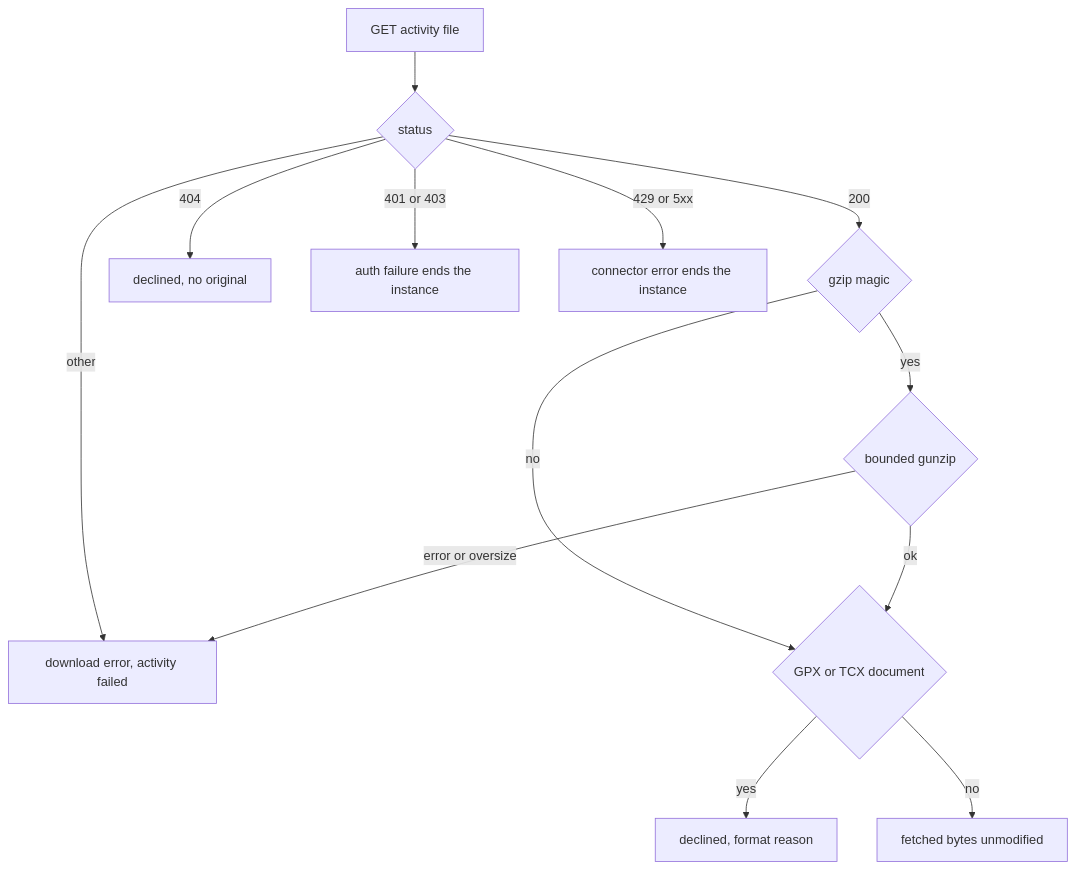
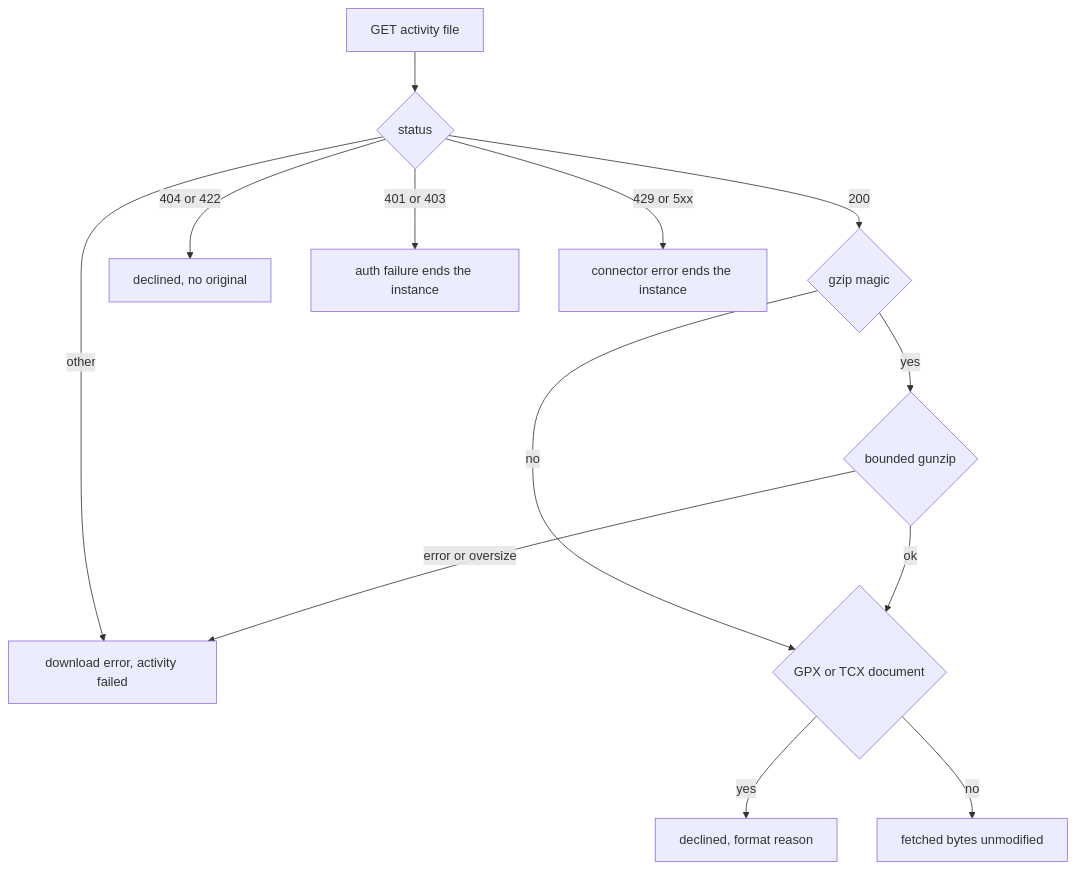
Before and after one commit to joshua-stauffer/fitdocs: the fourth of 4 diagrams in .kiro/specs/intervals-connector/design.md, drawn with Mermaid. The commit also changed other lines of this file and 3 other files, not shown here.

````diff
--- a/.kiro/specs/intervals-connector/design.md
+++ b/.kiro/specs/intervals-connector/design.md
@@ -322,15 +322,15 @@
 ```mermaid
 flowchart TD
     Get[GET activity file] --> S{status}
     S -- 200 --> Gz{gzip magic}
     Gz -- yes --> Dec{bounded gunzip}
     Dec -- error or oversize --> ItemFail[download error, activity failed]
     Dec -- ok --> Sniff
     Gz -- no --> Sniff{GPX or TCX document}
     Sniff -- yes --> Decl[declined, format reason]
     Sniff -- no --> Fetched[fetched bytes unmodified]
-    S -- 404 --> NoFile[declined, no original]
+    S -- 404 or 422 --> NoFile[declined, no original]
     S -- 401 or 403 --> Auth[auth failure ends the instance]
     S -- 429 or 5xx --> Stop[connector error ends the instance]
     S -- other --> ItemFail
 ```
````
